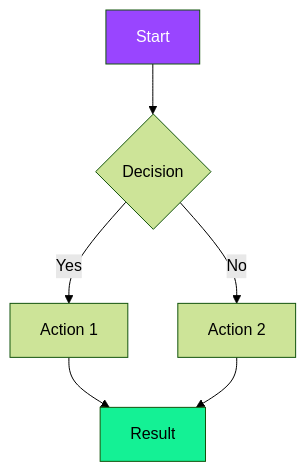
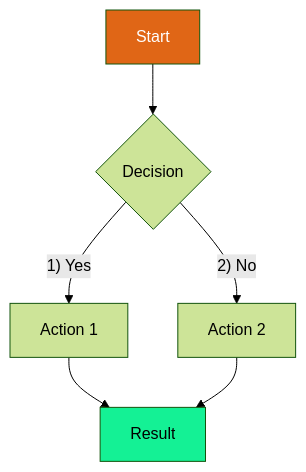
The fifth of 5 diagrams in ai-guild-pitch-deck.md (csmarc/AI-Guild-Cursor-Marp-Slides), drawn with Mermaid (forest theme) before and after one commit.

Commit message:
show mermaid tricks

```diff
--- a/ai-guild-pitch-deck.md
+++ b/ai-guild-pitch-deck.md
@@ -522,10 +522,10 @@
 <div class="mermaid">
 flowchart TD
     A[Start] --> B{Decision}
-    B -->|Yes| C[Action 1]
-    B -->|No| D[Action 2]
+    B -->|"1) Yes"| C[Action 1]
+    B -->|"2) No"| D[Action 2]
     C --> E[Result]
     D --> E
-    style A fill:#9945FF,color:#FFF
+    style A fill:#E06616,color:#FFF
     style E fill:#14F195,color:#000
 </div>
```
